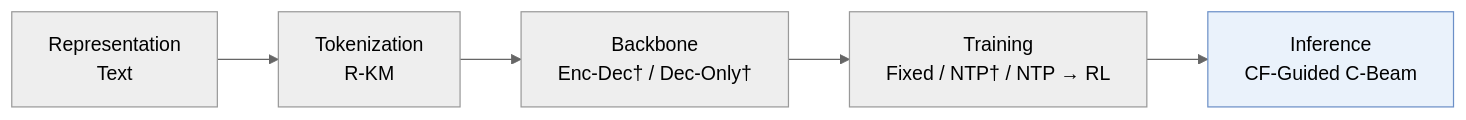
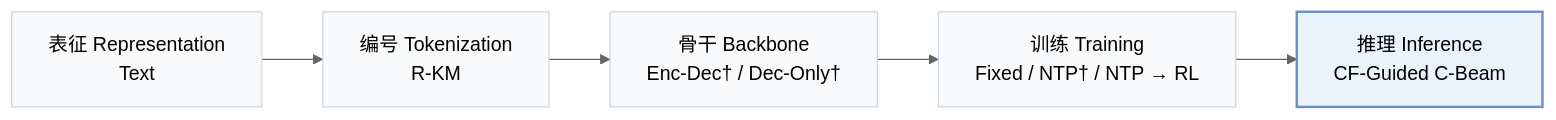
One commit to Galaxy-ghost/Awesome-SID-Generative-Rec changed the first of 2 diagrams in pages/zh/papers/tcbsa.md. Above: the diagram before and after it, drawn with Mermaid (neutral theme). The commit also changed other lines of this file and 649 other files, not shown here.

Commit message:
writer-05: also tags and modality index (schema, check, build, visuals); summary field removed; calibration data for 12 papers

````diff
--- a/pages/zh/papers/tcbsa.md
+++ b/pages/zh/papers/tcbsa.md
@@ -13,6 +15,8 @@
 ```mermaid
 flowchart LR
-    R["Representation<br/>Text"] --> T["Tokenization<br/>R-KM"] --> B["Backbone<br/>Enc-Dec† / Dec-Only†"] --> TR["Training<br/>Fixed / NTP† / NTP → RL"] --> I["Inference<br/>CF-Guided C-Beam"]
-    classDef main fill:#eaf2fb,stroke:#6b8fc7
+    R["表征 Representation<br/>Text"] --> T["编号 Tokenization<br/>R-KM"] --> B["骨干 Backbone<br/>Enc-Dec† / Dec-Only†"] --> TR["训练 Training<br/>Fixed / NTP† / NTP → RL"] --> I["推理 Inference<br/>CF-Guided C-Beam"]
+    classDef base fill:#f8fafc,stroke:#cbd5e1
+    class R,T,B,TR,I base
+    classDef main fill:#eaf2fb,stroke:#6b8fc7,stroke-width:2px
     class I main
 ```
````
